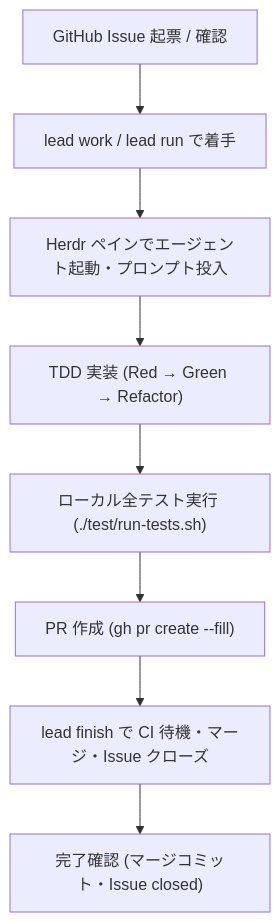
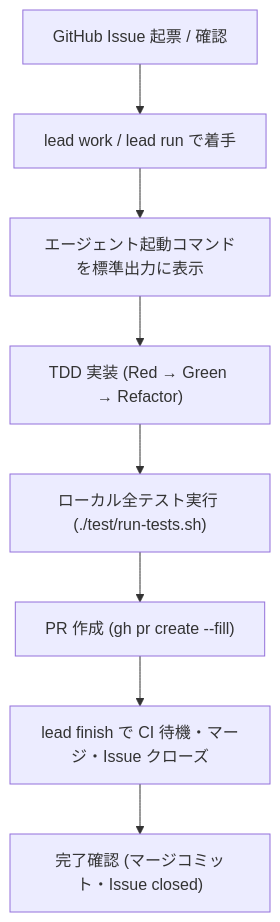
One commit to kuwa72/lead-cli changed the diagram in docs/selfhost.md. Above: the diagram before and after it, drawn with Mermaid. The commit also changed other lines of this file and 54 other files, not shown here.

````diff
--- a/docs/selfhost.md
+++ b/docs/selfhost.md
@@ -24,10 +23,10 @@
 ```mermaid
 flowchart TD
     A["GitHub Issue 起票 / 確認"] --> B["lead work / lead run で着手"]
-    B --> C["Herdr ペインでエージェント起動・プロンプト投入"]
+    B --> C["エージェント起動コマンドを標準出力に表示"]
     C --> D["TDD 実装 (Red → Green → Refactor)"]
     D --> E["ローカル全テスト実行 (./test/run-tests.sh)"]
     E --> F["PR 作成 (gh pr create --fill)"]
     F --> G["lead finish で CI 待機・マージ・Issue クローズ"]
     G --> H["完了確認 (マージコミット・Issue closed)"]
 ```
````
